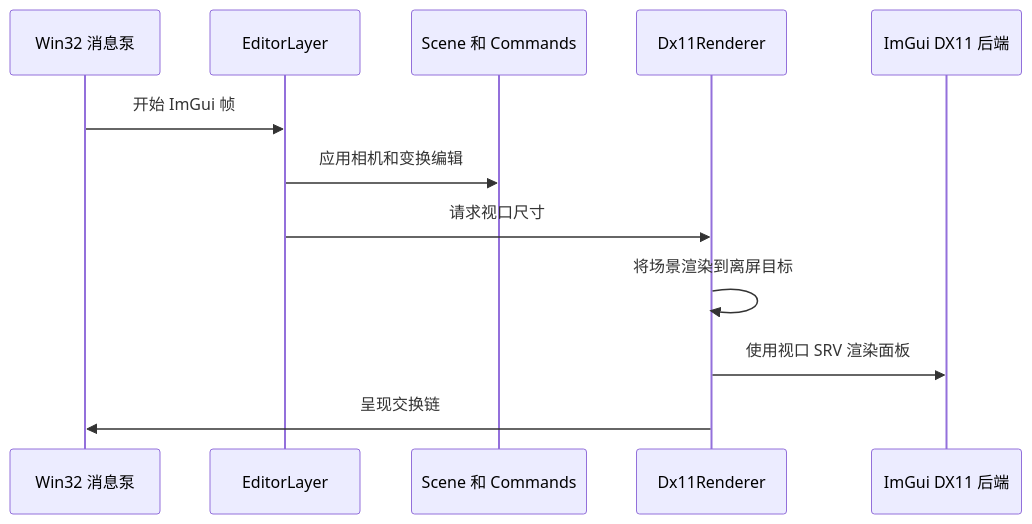
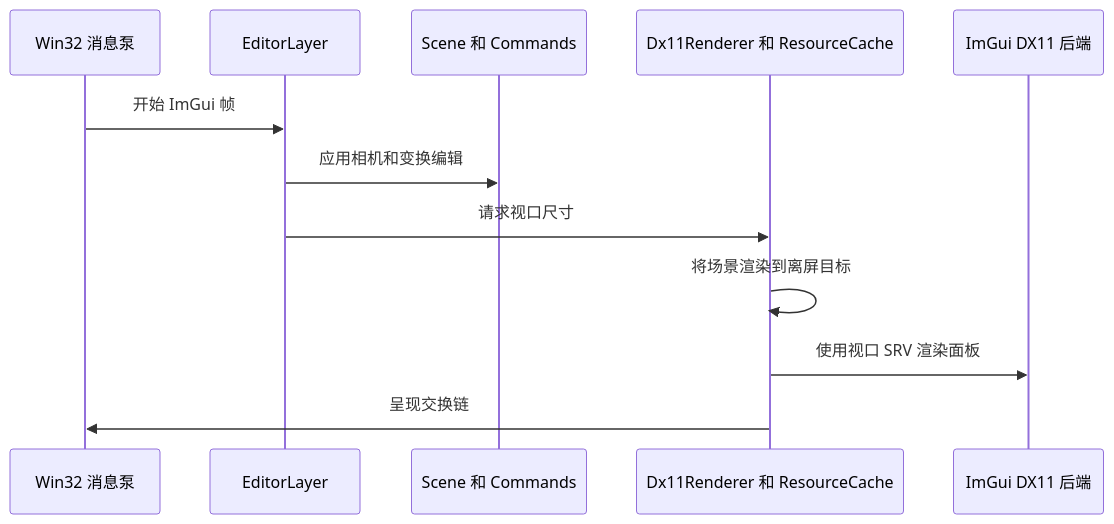
The diagram in docs/architecture.md (ELPSYKONGR/LRenderDemo), drawn with Mermaid before and after one commit. The commit also changed other lines of this file and 43 other files, not shown here.

````diff
--- a/docs/architecture.md
+++ b/docs/architecture.md
@@ -10,14 +10,14 @@
 ```mermaid
 sequenceDiagram
     participant Win32 as Win32 消息泵
     participant Editor as EditorLayer
     participant Scene as Scene 和 Commands
-    participant DX11 as Dx11Renderer
+    participant DX11 as Dx11Renderer 和 ResourceCache
     participant UI as ImGui DX11 后端
     Win32->>Editor: 开始 ImGui 帧
     Editor->>Scene: 应用相机和变换编辑
     Editor->>DX11: 请求视口尺寸
     DX11->>DX11: 将场景渲染到离屏目标
     DX11->>UI: 使用视口 SRV 渲染面板
     DX11->>Win32: 呈现交换链
 ```
````
